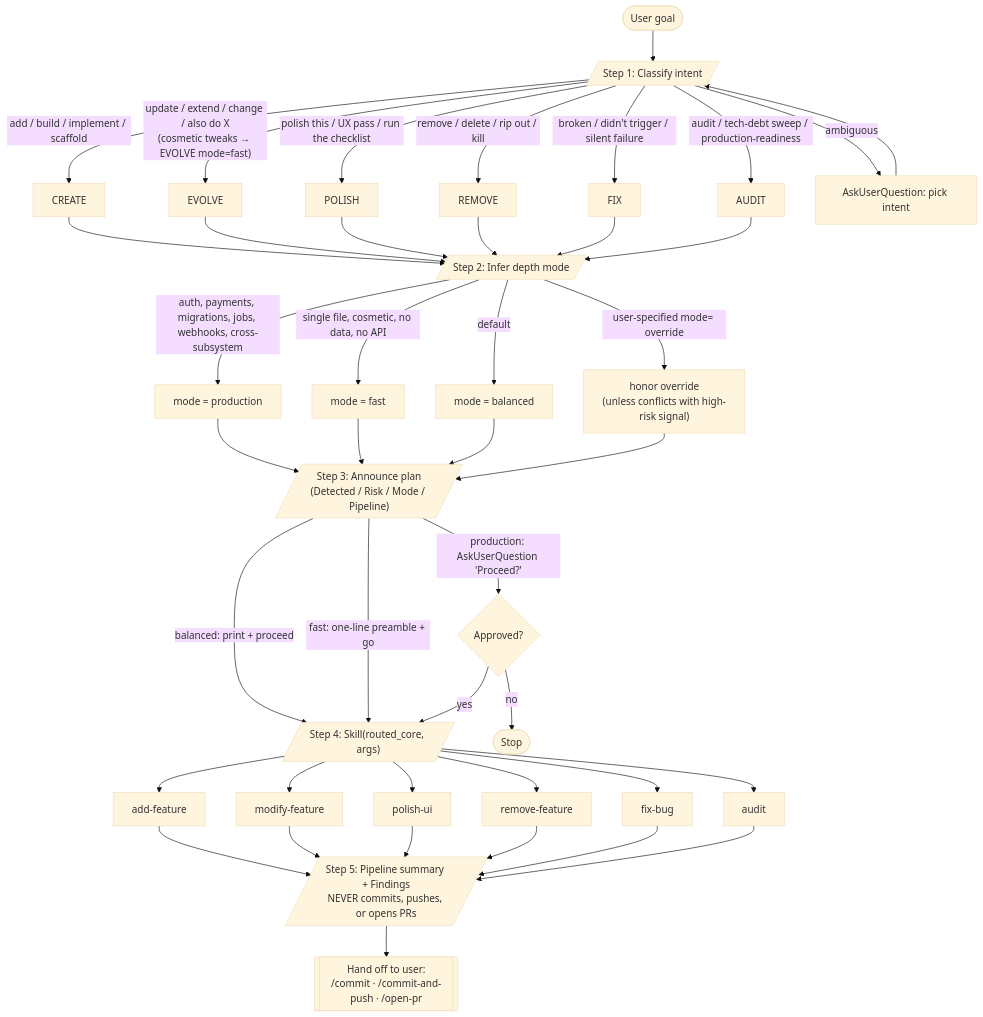
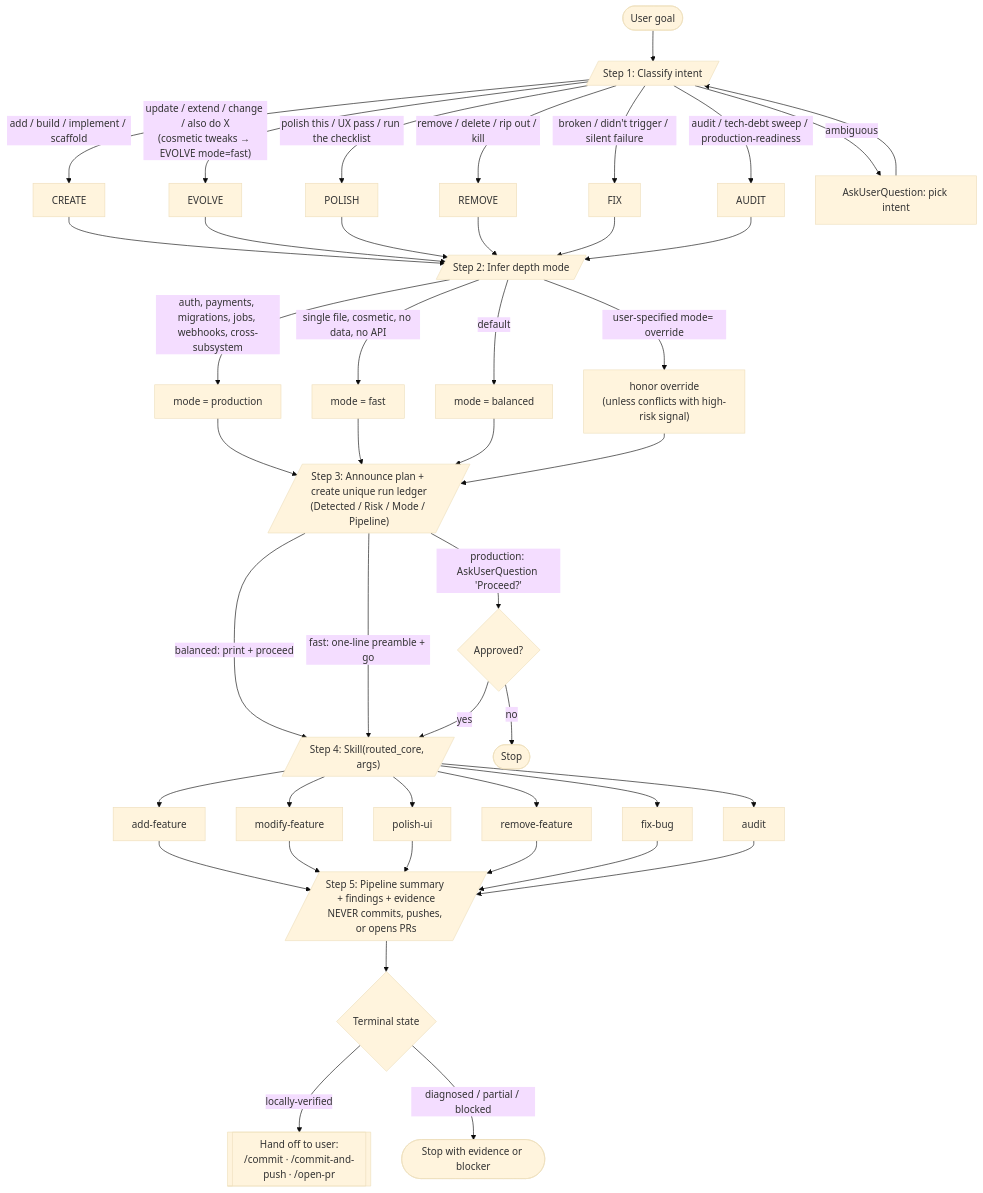
The first of 10 diagrams in docs/ship-diagrams.md (AgentSystemLabs/core), drawn with Mermaid (base theme) before and after one commit. The commit also changed other lines of this file and 21 other files, not shown here.

````diff
--- a/docs/ship-diagrams.md
+++ b/docs/ship-diagrams.md
@@ -16,56 +16,58 @@
 ```mermaid
 flowchart TD
     U([User goal]) --> S1[/"Step 1: Classify intent"/]
 
     S1 -->|"add / build / implement / scaffold"| CREATE[CREATE]
     S1 -->|"update / extend / change / also do X<br/>(cosmetic tweaks → EVOLVE mode=fast)"| EVOLVE[EVOLVE]
     S1 -->|"polish this / UX pass / run the checklist"| POLISH[POLISH]
     S1 -->|"remove / delete / rip out / kill"| REMOVE[REMOVE]
     S1 -->|"broken / didn't trigger / silent failure"| FIX[FIX]
     S1 -->|"audit / tech-debt sweep / production-readiness"| AUDIT[AUDIT]
     S1 -->|"ambiguous"| ASK1["AskUserQuestion: pick intent"]
     ASK1 --> S1
 
     CREATE --> S2
     EVOLVE --> S2
     POLISH --> S2
     REMOVE --> S2
     FIX --> S2
     AUDIT --> S2
 
     S2[/"Step 2: Infer depth mode"/]
     S2 -->|"auth, payments, migrations, jobs, webhooks, cross-subsystem"| PROD["mode = production"]
     S2 -->|"single file, cosmetic, no data, no API"| FAST["mode = fast"]
     S2 -->|"default"| BAL["mode = balanced"]
     S2 -->|"user-specified mode= override"| OVR["honor override<br/>(unless conflicts with high-risk signal)"]
 
     PROD --> S3
     FAST --> S3
     BAL --> S3
     OVR --> S3
 
-    S3[/"Step 3: Announce plan<br/>(Detected / Risk / Mode / Pipeline)"/]
+    S3[/"Step 3: Announce plan + create unique run ledger<br/>(Detected / Risk / Mode / Pipeline)"/]
     S3 -->|"production: AskUserQuestion 'Proceed?'"| GATE{Approved?}
     S3 -->|"balanced: print + proceed"| S4
     S3 -->|"fast: one-line preamble + go"| S4
     GATE -->|yes| S4
     GATE -->|no| STOP1([Stop])
 
     S4[/"Step 4: Skill(routed_core, args)"/]
     S4 --> R2["add-feature"]
     S4 --> R3["modify-feature"]
     S4 --> R5["polish-ui"]
     S4 --> R6["remove-feature"]
     S4 --> R7["fix-bug"]
     S4 --> R8["audit"]
 
     R2 --> S5
     R3 --> S5
     R5 --> S5
     R6 --> S5
     R7 --> S5
     R8 --> S5
 
-    S5[/"Step 5: Pipeline summary + Findings<br/>NEVER commits, pushes, or opens PRs"/]
-    S5 --> HANDOFF[["Hand off to user:<br/>/commit · /commit-and-push · /open-pr"]]
+    S5[/"Step 5: Pipeline summary + findings + evidence<br/>NEVER commits, pushes, or opens PRs"/]
+    S5 --> STATE{"Terminal state"}
+    STATE -->|"locally-verified"| HANDOFF[["Hand off to user:<br/>/commit · /commit-and-push · /open-pr"]]
+    STATE -->|"diagnosed / partial / blocked"| STOP2([Stop with evidence or blocker])
 ```
````
